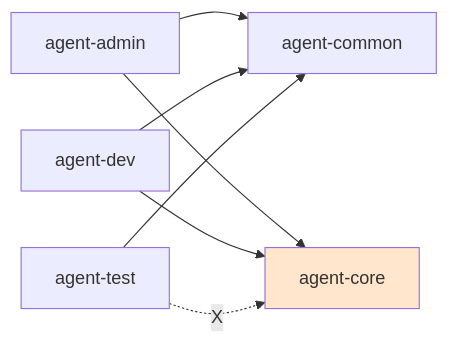
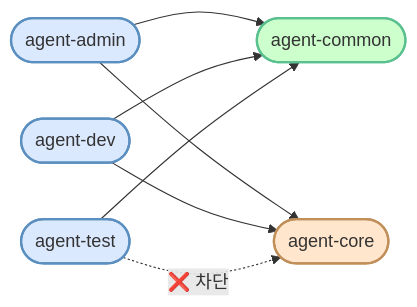
The fourth of 8 diagrams in docs/spec-overview.md (codewhite7777/codyssey_b1_1), drawn with Mermaid before and after one commit. The commit also changed other lines of this file, not shown here.

First line of the commit message:
docs(spec-overview): Mermaid 다이어그램 깔끔하게 다듬기

````diff
--- a/docs/spec-overview.md
+++ b/docs/spec-overview.md
@@ -131,11 +133,15 @@
 ```mermaid
 flowchart LR
-    A[agent-admin] --> B[agent-common]
-    A --> C[agent-core]
-    D[agent-dev] --> B
-    D --> C
-    E[agent-test] --> B
-    E -.X.-> C
+    A([agent-admin]) --> CM([agent-common])
+    A --> CR([agent-core])
+    B([agent-dev]) --> CM
+    B --> CR
+    C([agent-test]) --> CM
+    C -. ❌ 차단 .-> CR
 
-    style C fill:#ffe6cc
+    style A fill:#dbe9ff,stroke:#5a8fc0,stroke-width:2px
+    style B fill:#dbe9ff,stroke:#5a8fc0,stroke-width:2px
+    style C fill:#dbe9ff,stroke:#5a8fc0,stroke-width:2px
+    style CM fill:#ccffcc,stroke:#5ac08f,stroke-width:2px
+    style CR fill:#ffe6cc,stroke:#c08f5a,stroke-width:2px
 ```
````
